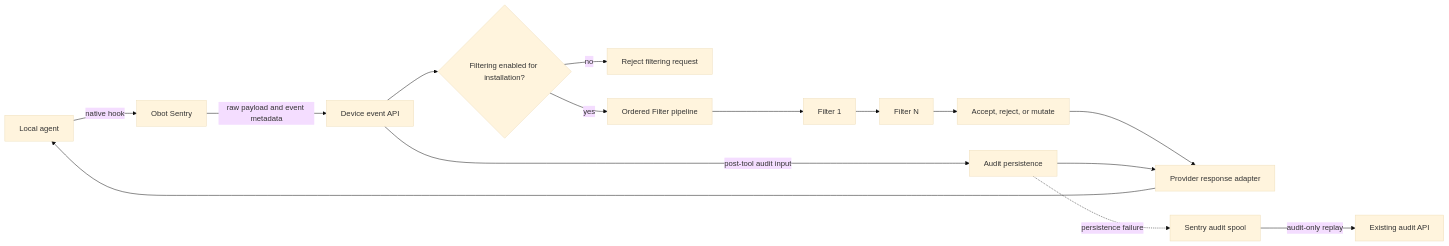
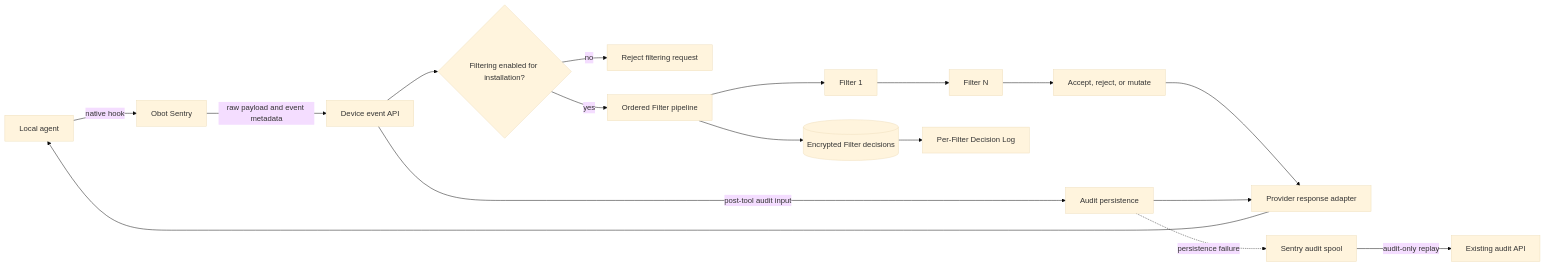
The diagram in proposals/2026-08-14-local-agent-filters/README.md (obot-platform/obot-design-proposals), drawn with Mermaid (base theme) before and after one commit. The commit also changed other lines of this file and 1 other file, not shown here.

````diff
--- a/proposals/2026-08-14-local-agent-filters/README.md
+++ b/proposals/2026-08-14-local-agent-filters/README.md
@@ -107,17 +120,19 @@
 ```mermaid
 flowchart LR
     A[Local agent] -->|native hook| S[Obot Sentry]
     S -->|raw payload and event metadata| E[Device event API]
     E --> C{Filtering enabled for installation?}
     C -->|no| N[Reject filtering request]
     C -->|yes| P[Ordered Filter pipeline]
     P --> F1[Filter 1]
     F1 --> FN[Filter N]
     FN --> D[Accept, reject, or mutate]
+    P --> V[(Encrypted Filter decisions)]
+    V --> U[Per-Filter Decision Log]
     E -->|post-tool audit input| L[Audit persistence]
     D --> R[Provider response adapter]
     L --> R
     L -. persistence failure .-> Q[Sentry audit spool]
     Q -->|audit-only replay| LA[Existing audit API]
     R --> A
 ```
````
